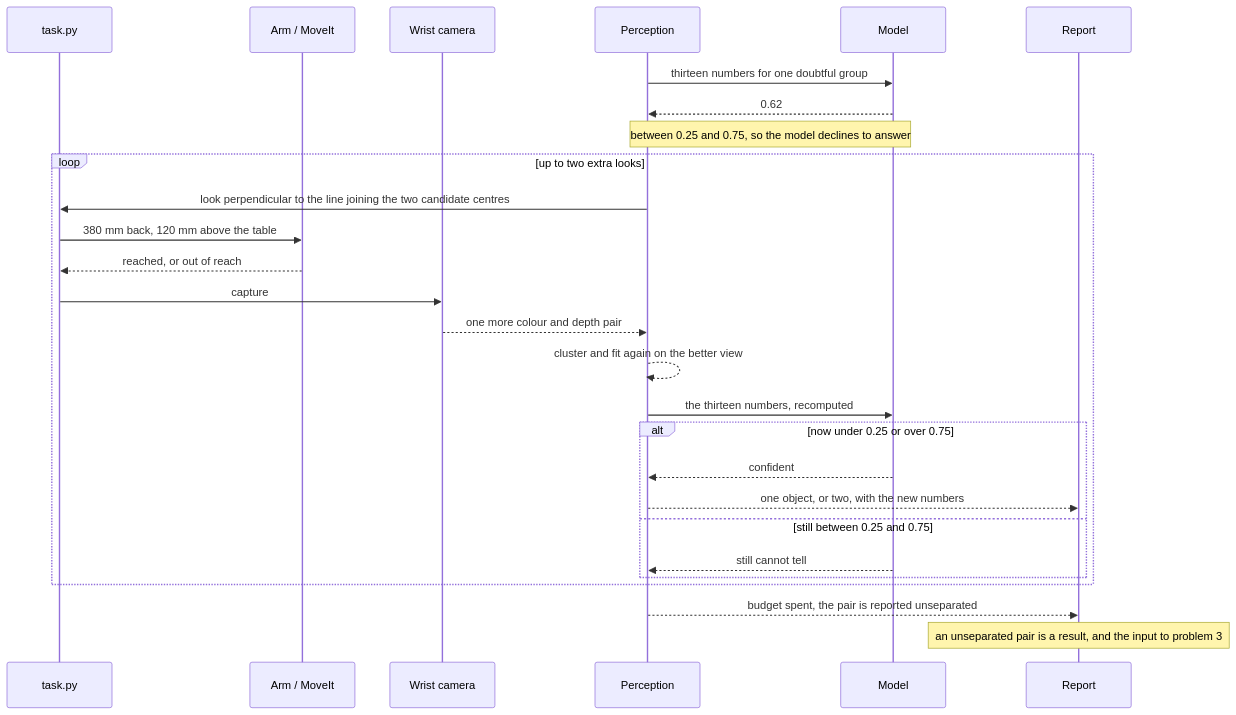
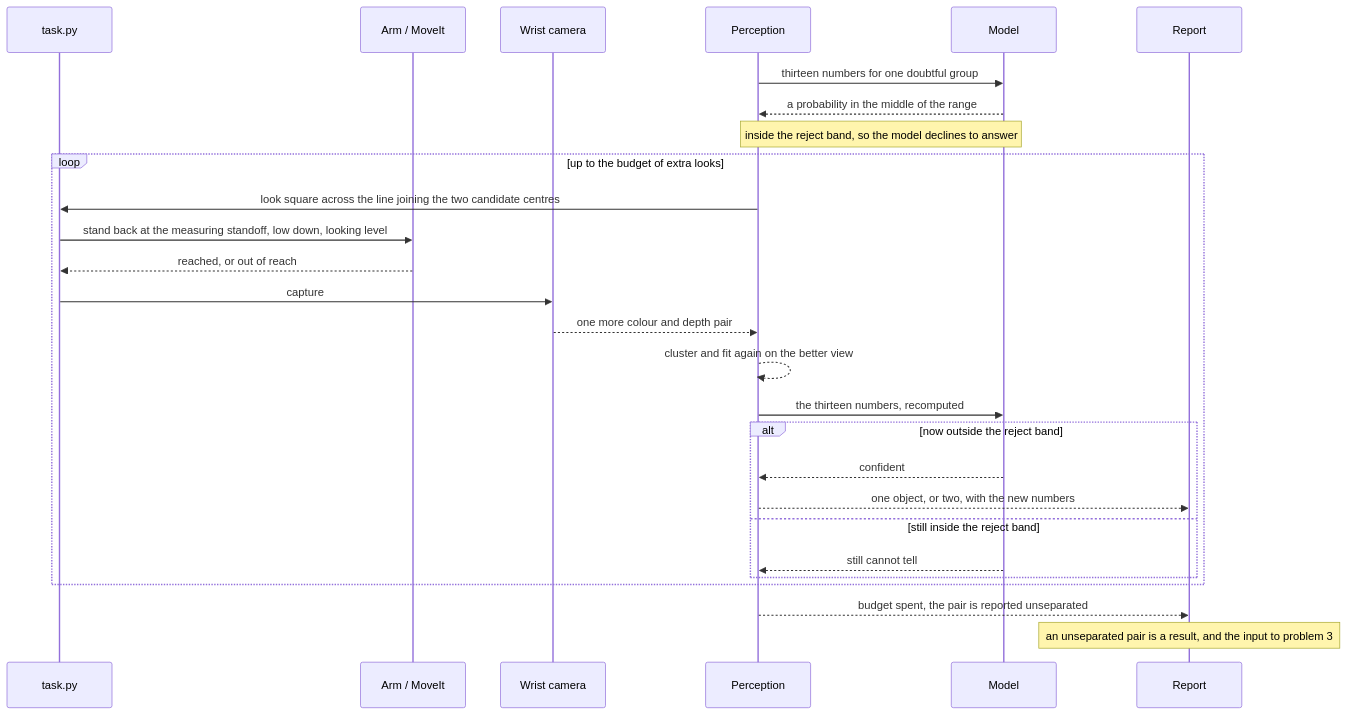
Before and after one commit to RobinNagpal/robot-arm-projects: the second of 3 diagrams in v5-pick-glasses/docs/problem-2/solutions/05-a-learned-verifier-over-the-clusters.md, drawn with Mermaid. The commit also changed other lines of this file, not shown here.

````diff
--- a/v5-pick-glasses/docs/problem-2/solutions/05-a-learned-verifier-over-the-clusters.md
+++ b/v5-pick-glasses/docs/problem-2/solutions/05-a-learned-verifier-over-the-clusters.md
@@ -326,29 +355,29 @@
 ```mermaid
 sequenceDiagram
     participant T as task.py
     participant A as Arm / MoveIt
     participant C as Wrist camera
     participant P as Perception
     participant M as Model
     participant R as Report
     P->>M: thirteen numbers for one doubtful group
-    M-->>P: 0.62
-    Note over M,P: between 0.25 and 0.75, so the model declines to answer
-    loop up to two extra looks
-        P->>T: look perpendicular to the line joining the two candidate centres
-        T->>A: 380 mm back, 120 mm above the table
+    M-->>P: a probability in the middle of the range
+    Note over M,P: inside the reject band, so the model declines to answer
+    loop up to the budget of extra looks
+        P->>T: look square across the line joining the two candidate centres
+        T->>A: stand back at the measuring standoff, low down, looking level
         A-->>T: reached, or out of reach
         T->>C: capture
         C-->>P: one more colour and depth pair
         P-->>P: cluster and fit again on the better view
         P->>M: the thirteen numbers, recomputed
-        alt now under 0.25 or over 0.75
+        alt now outside the reject band
             M-->>P: confident
             P-->>R: one object, or two, with the new numbers
-        else still between 0.25 and 0.75
+        else still inside the reject band
             M-->>P: still cannot tell
         end
     end
     P-->>R: budget spent, the pair is reported unseparated
     Note over R: an unseparated pair is a result, and the input to problem 3
 ```
````
